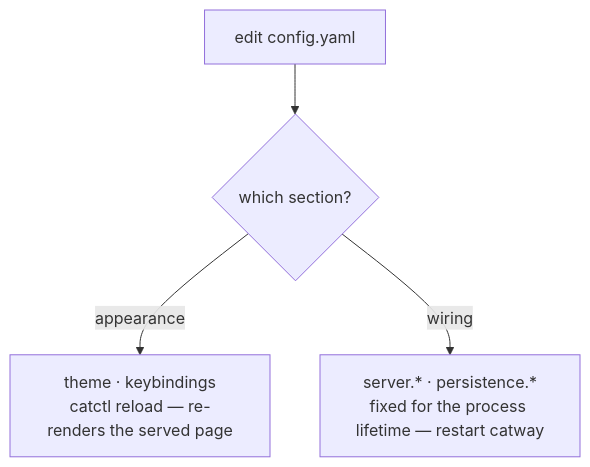
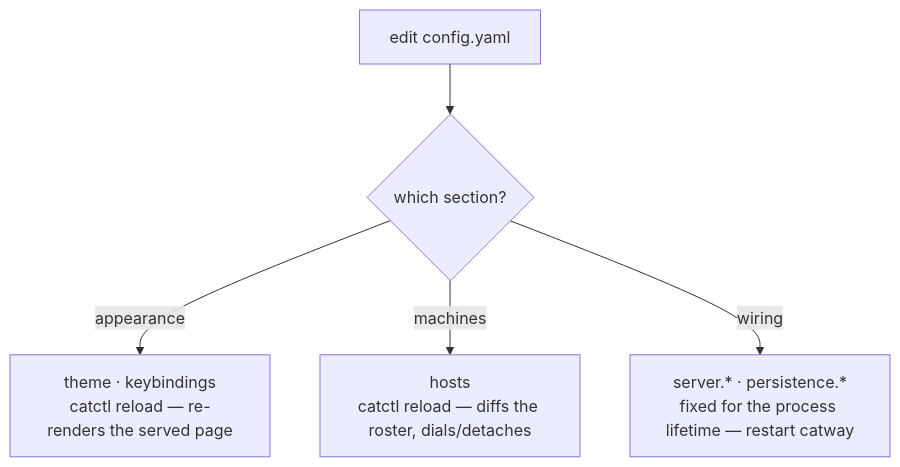
Before and after one commit to rohanthewiz/cats: the second of 2 diagrams in docs/reference/configuration.md, drawn with Mermaid. The commit also changed other lines of this file and 19 other files, not shown here.

````diff
--- a/docs/reference/configuration.md
+++ b/docs/reference/configuration.md
@@ -34,11 +34,13 @@
 ```mermaid
 flowchart TD
   EDIT["edit config.yaml"]
   KIND{"which section?"}
   LIVE["theme · keybindings<br/>catctl reload — re-renders the served page"]
+  HOSTS["hosts<br/>catctl reload — diffs the roster, dials/detaches"]
   FIXED["server.* · persistence.*<br/>fixed for the process lifetime — restart catway"]
 
   EDIT --> KIND
   KIND -->|"appearance"| LIVE
+  KIND -->|"machines"| HOSTS
   KIND -->|"wiring"| FIXED
 ```
````
